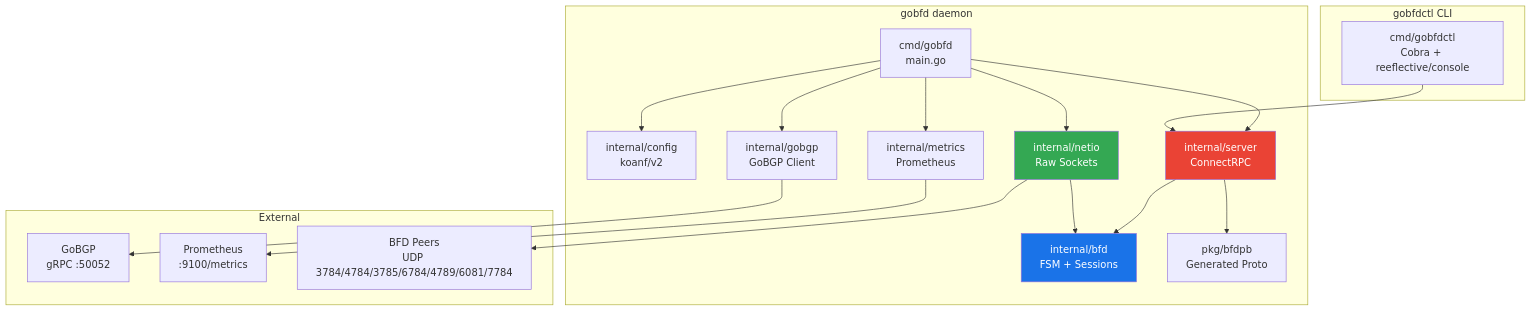
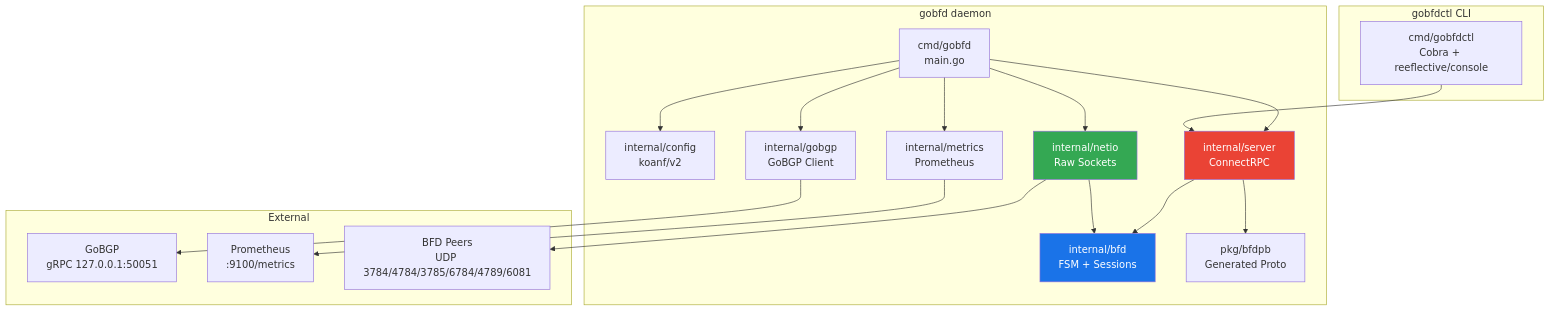
The first of 6 diagrams in docs/en/01-architecture.md (dantte-lp/gobfd), drawn with Mermaid before and after one commit. The commit also changed other lines of this file and 53 other files, not shown here.

````diff
--- a/docs/en/01-architecture.md
+++ b/docs/en/01-architecture.md
@@ -37,40 +37,40 @@
 ```mermaid
 graph TB
     subgraph "gobfd daemon"
         MAIN["cmd/gobfd<br/>main.go"]
         CFG["internal/config<br/>koanf/v2"]
         SRV["internal/server<br/>ConnectRPC"]
         BFD["internal/bfd<br/>FSM + Sessions"]
         NET["internal/netio<br/>Raw Sockets"]
         MET["internal/metrics<br/>Prometheus"]
         BGP["internal/gobgp<br/>GoBGP Client"]
         PB["pkg/bfdpb<br/>Generated Proto"]
     end
 
     subgraph "gobfdctl CLI"
         CLI["cmd/gobfdctl<br/>Cobra + reeflective/console"]
     end
 
     subgraph "External"
-        GOBGP["GoBGP<br/>gRPC :50052"]
+        GOBGP["GoBGP<br/>gRPC 127.0.0.1:50051"]
         PROM["Prometheus<br/>:9100/metrics"]
-        PEER["BFD Peers<br/>UDP 3784/4784/3785/6784/4789/6081/7784"]
+        PEER["BFD Peers<br/>UDP 3784/4784/3785/6784/4789/6081"]
     end
 
     MAIN --> CFG
     MAIN --> SRV
     MAIN --> NET
     MAIN --> MET
     MAIN --> BGP
     SRV --> BFD
     SRV --> PB
     NET --> BFD
     CLI --> SRV
     BGP --> GOBGP
     MET --> PROM
     NET --> PEER
 
     style BFD fill:#1a73e8,color:#fff
     style NET fill:#34a853,color:#fff
     style SRV fill:#ea4335,color:#fff
 ```
````
